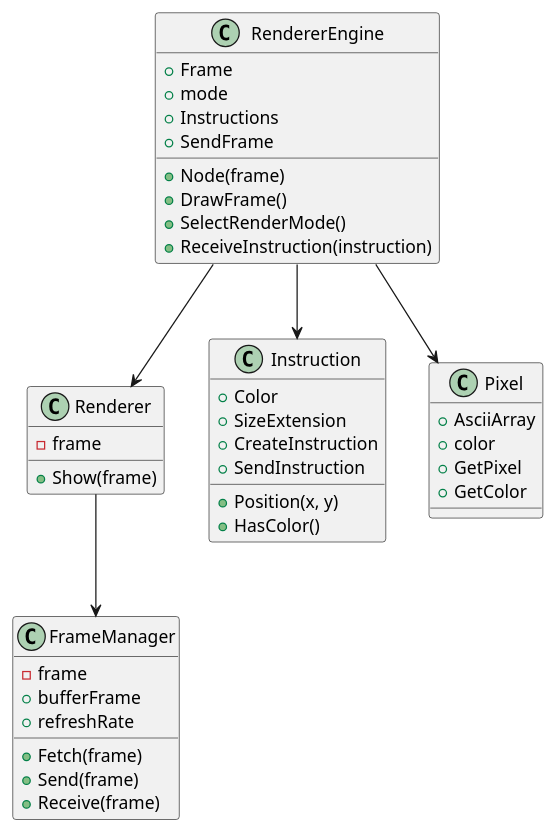
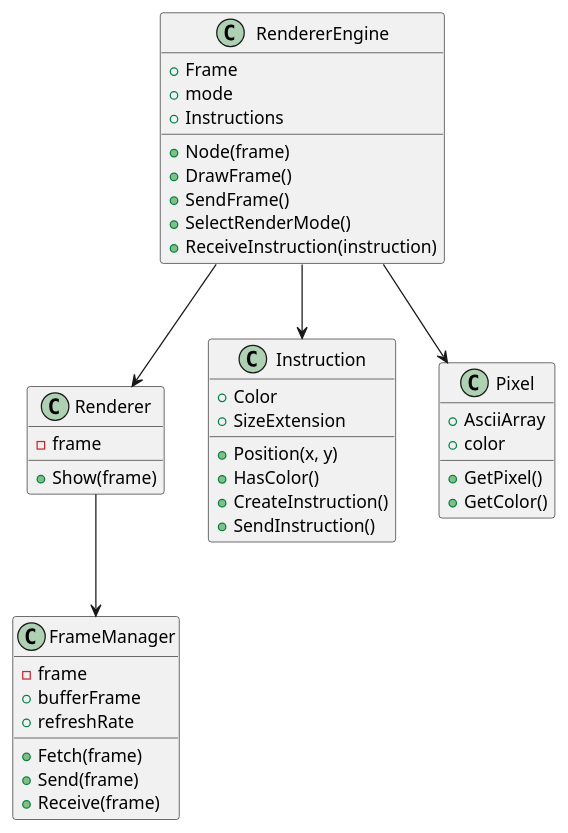
The diagram in diagram.puml (Iansaucedo/ExamenEdaI), drawn with PlantUML before and after one commit. The commit also changed 2 other files, not shown here.

```diff
--- a/diagram.puml
+++ b/diagram.puml
@@ -1,47 +1,48 @@
 @startuml
 class Renderer {
     -frame
     +Show(frame)
 }
 
 class FrameManager {
     -frame
     +bufferFrame
     +refreshRate
     +Fetch(frame)
     +Send(frame)
     +Receive(frame)
+   
 }
 
 class RendererEngine {
     +Node(frame)
     +Frame
     +mode
     +Instructions
     +DrawFrame()
-    +SendFrame
+    +SendFrame()
     +SelectRenderMode()
     +ReceiveInstruction(instruction)
 }
 
 class Instruction {
     +Color
     +SizeExtension
     +Position(x, y)
     +HasColor()
-    +CreateInstruction
-    +SendInstruction
+    +CreateInstruction()
+    +SendInstruction()
 }
 
 class Pixel {
     +AsciiArray
     +color
-    +GetPixel
-    +GetColor
+    +GetPixel()
+    +GetColor()
 }
 
 Renderer --> FrameManager
 RendererEngine --> Renderer
 RendererEngine --> Instruction
 RendererEngine --> Pixel
 @enduml
```
